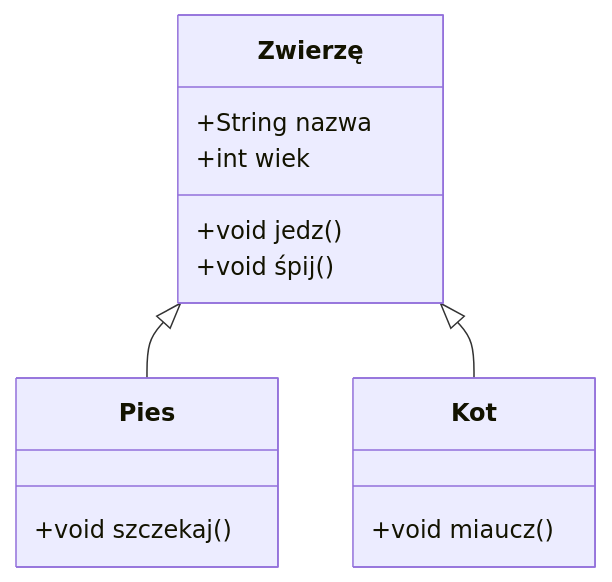
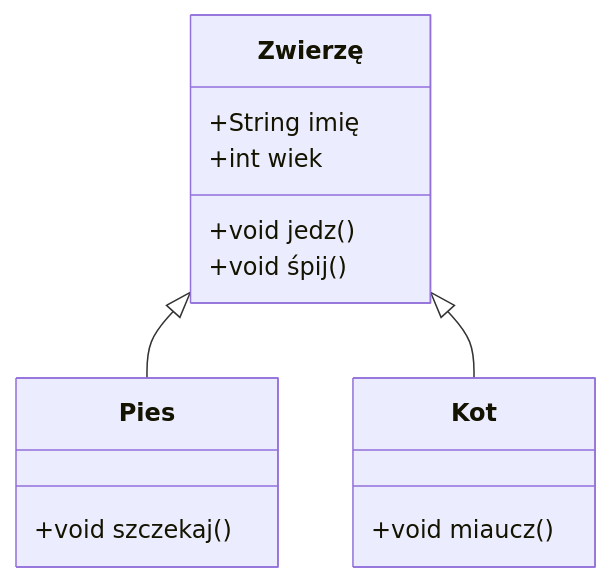
Before and after one commit to zccz14/CZON: the fourth of 7 diagrams in .czon/src/pl-PL/8938d6aac9c056c06137a041b8e82379bfb619bb6d435b9ecec515337dd0cd69.md, drawn with Mermaid. The commit also changed other lines of this file and 148 other files, not shown here.

````diff
--- a/.czon/src/pl-PL/8938d6aac9c056c06137a041b8e82379bfb619bb6d435b9ecec515337dd0cd69.md
+++ b/.czon/src/pl-PL/8938d6aac9c056c06137a041b8e82379bfb619bb6d435b9ecec515337dd0cd69.md
@@ -70,18 +69,18 @@
 ```mermaid
 classDiagram
     class Zwierzę {
-        +String nazwa
+        +String imię
         +int wiek
         +void jedz()
         +void śpij()
     }
     class Pies {
         +void szczekaj()
     }
     class Kot {
         +void miaucz()
     }
 
     Zwierzę <|-- Pies
     Zwierzę <|-- Kot
 ```
````
